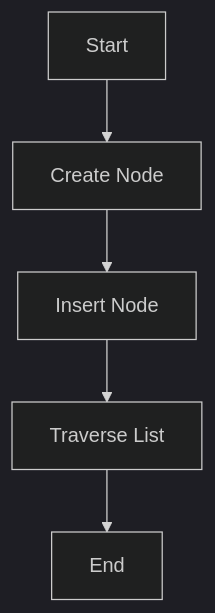
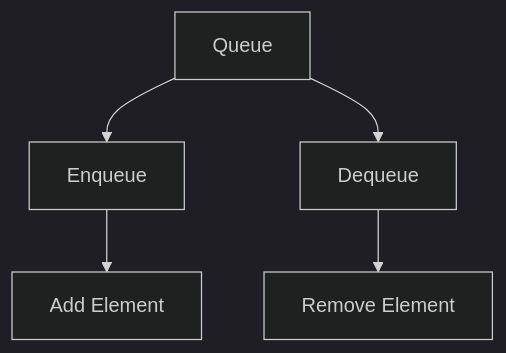
The fifth of 11 diagrams in README.md (SHYAM-001/DataStructures), drawn with Mermaid (dark theme) before and after one commit. The commit also changed other lines of this file, not shown here.

````diff
--- a/README.md
+++ b/README.md
@@ -212,7 +392,7 @@
 ```mermaid
-graph TD;
-    A[Start] --> B[Create Node]
-    B --> C[Insert Node]
-    C --> D[Traverse List]
-    D --> E[End]
+graph TD
+    A[Queue] --> B[Enqueue]
+    A --> C[Dequeue]
+    B --> D[Add Element]
+    C --> E[Remove Element]
 ```
````
